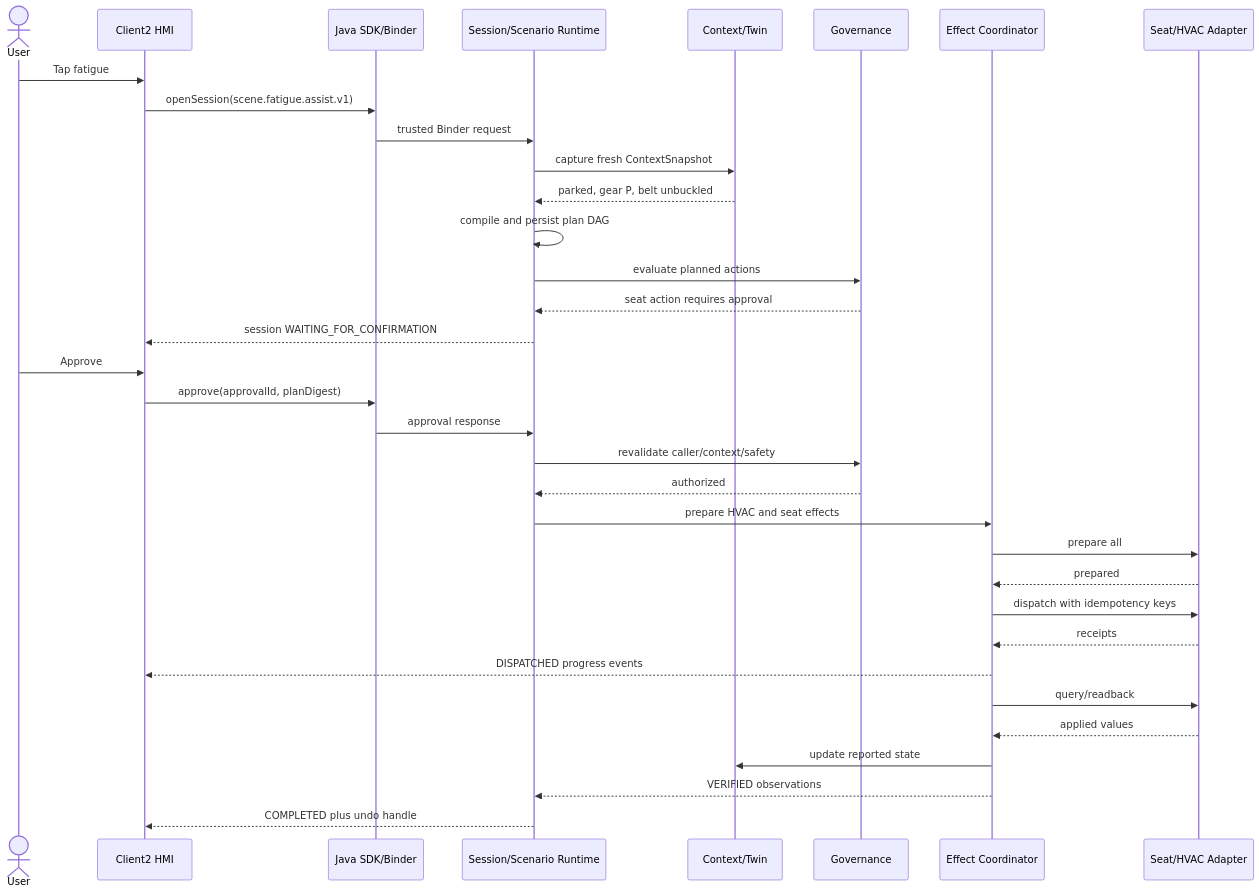
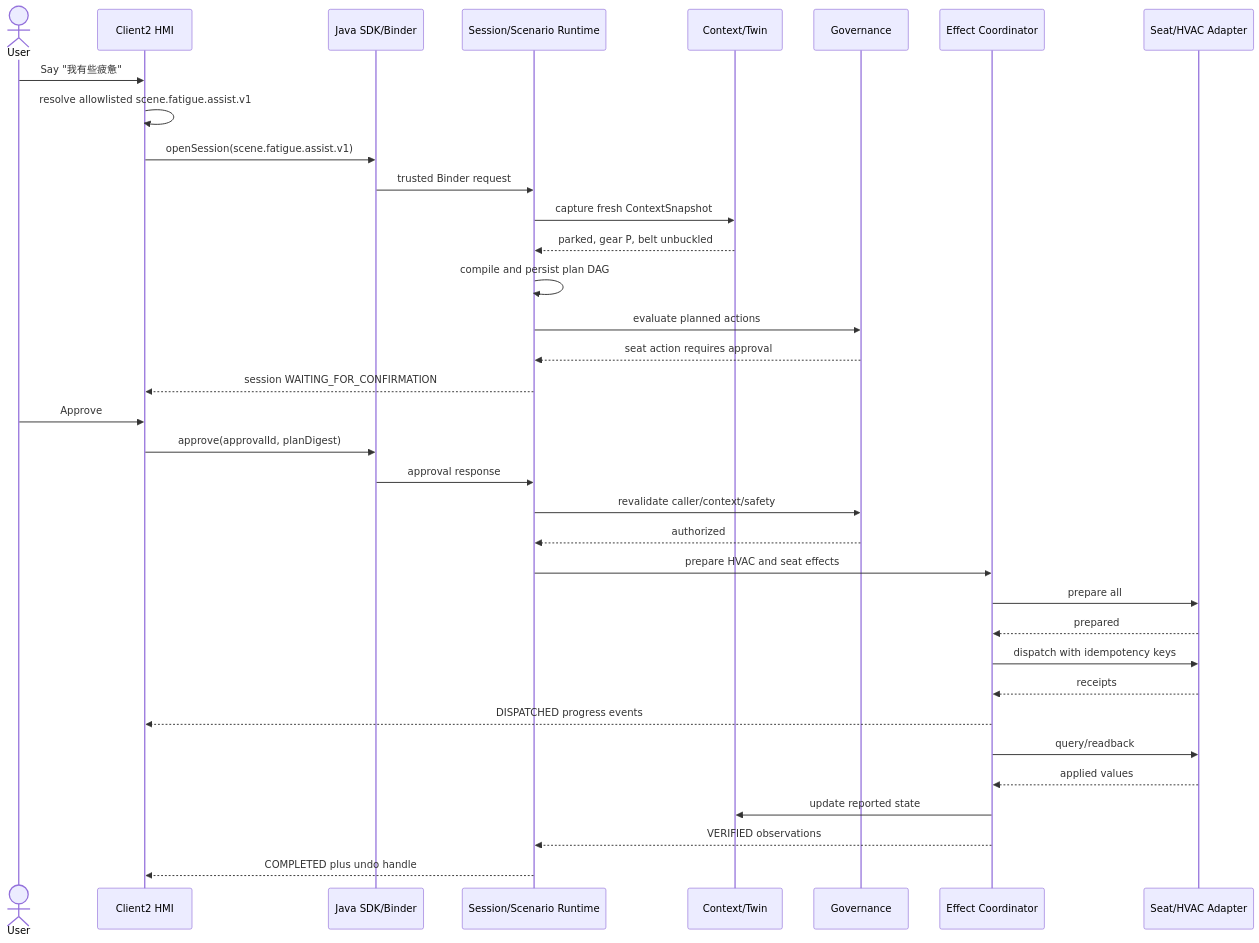
The fourth of 4 diagrams in docs/CENTRAL_BRAIN_COMPLETE_SOFTWARE_DEVELOPMENT_DESIGN.md (LucasWEIchen/CougarOS), drawn with Mermaid before and after one commit. The commit also changed other lines of this file and 27 other files, not shown here.

````diff
--- a/docs/CENTRAL_BRAIN_COMPLETE_SOFTWARE_DEVELOPMENT_DESIGN.md
+++ b/docs/CENTRAL_BRAIN_COMPLETE_SOFTWARE_DEVELOPMENT_DESIGN.md
@@ -1176,37 +1188,38 @@
 ```mermaid
 sequenceDiagram
     actor U as User
     participant H as Client2 HMI
     participant S as Java SDK/Binder
     participant R as Session/Scenario Runtime
     participant C as Context/Twin
     participant G as Governance
     participant E as Effect Coordinator
     participant A as Seat/HVAC Adapter
 
-    U->>H: Tap fatigue
+    U->>H: Say "我有些疲惫"
+    H->>H: resolve allowlisted scene.fatigue.assist.v1
     H->>S: openSession(scene.fatigue.assist.v1)
     S->>R: trusted Binder request
     R->>C: capture fresh ContextSnapshot
     C-->>R: parked, gear P, belt unbuckled
     R->>R: compile and persist plan DAG
     R->>G: evaluate planned actions
     G-->>R: seat action requires approval
     R-->>H: session WAITING_FOR_CONFIRMATION
     U->>H: Approve
     H->>S: approve(approvalId, planDigest)
     S->>R: approval response
     R->>G: revalidate caller/context/safety
     G-->>R: authorized
     R->>E: prepare HVAC and seat effects
     E->>A: prepare all
     A-->>E: prepared
     E->>A: dispatch with idempotency keys
     A-->>E: receipts
     E-->>H: DISPATCHED progress events
     E->>A: query/readback
     A-->>E: applied values
     E->>C: update reported state
     E-->>R: VERIFIED observations
     R-->>H: COMPLETED plus undo handle
 ```
````
